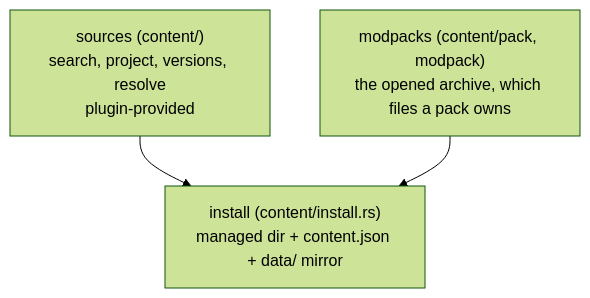
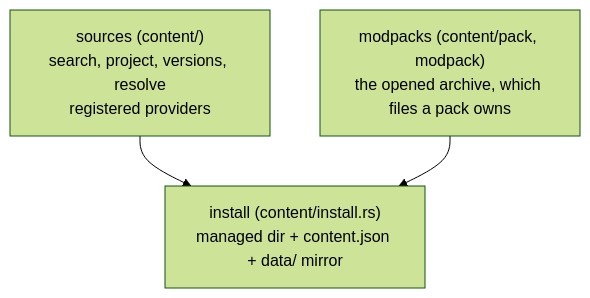
The first of 3 diagrams in docs/architecture/content.md (prytaneum/hestia), drawn with Mermaid (forest theme) before and after one commit. The commit also changed other lines of this file and 36 other files, not shown here.

````diff
--- a/docs/architecture/content.md
+++ b/docs/architecture/content.md
@@ -11,5 +11,5 @@
 ```mermaid
 flowchart TD
-    SRC["sources (content/)<br/>search, project, versions, resolve<br/>plugin-provided"] --> INST["install (content/install.rs)<br/>managed dir + content.json + data/ mirror"]
+    SRC["sources (content/)<br/>search, project, versions, resolve<br/>registered providers"] --> INST["install (content/install.rs)<br/>managed dir + content.json + data/ mirror"]
     PACK["modpacks (content/pack, modpack)<br/>the opened archive, which files a pack owns"] --> INST
 ```
````
